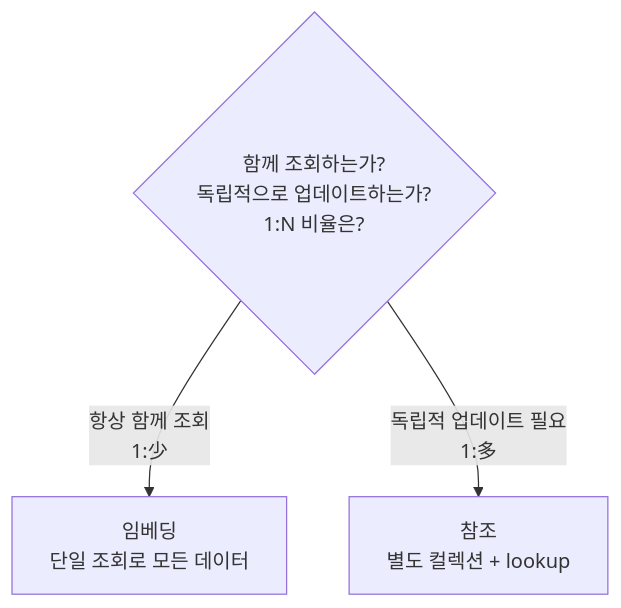
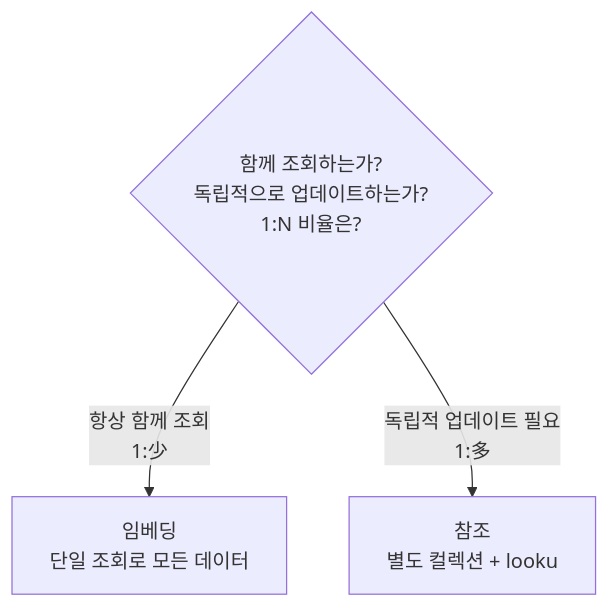
One commit to yjkim2015/yjkim2015.github.io changed the second of 7 diagrams in _posts/nosql/2026-05-02-mongodb-deep.md. Above: the diagram before and after it, drawn with Mermaid. The commit also changed other lines of this file and 271 other files, not shown here.

First line of the commit message:
Mermaid 라벨 축소: 긴 노드 텍스트 18자 이하로 트림 + \n 제거

````diff
--- a/_posts/nosql/2026-05-02-mongodb-deep.md
+++ b/_posts/nosql/2026-05-02-mongodb-deep.md
@@ -136,6 +136,6 @@
 ```mermaid
 graph TD
     Q{"함께 조회하는가?<br>독립적으로 업데이트하는가?<br>1:N 비율은?"}
     Q -->|"항상 함께 조회\n1:少"| Embed["임베딩\n단일 조회로 모든 데이터"]
-    Q -->|"독립적 업데이트 필요\n1:多"| Ref["참조\n별도 컬렉션 + lookup"]
+    Q -->|"독립적 업데이트 필요\n1:多"| Ref["참조\n별도 컬렉션 + looku"]
 ```
````
